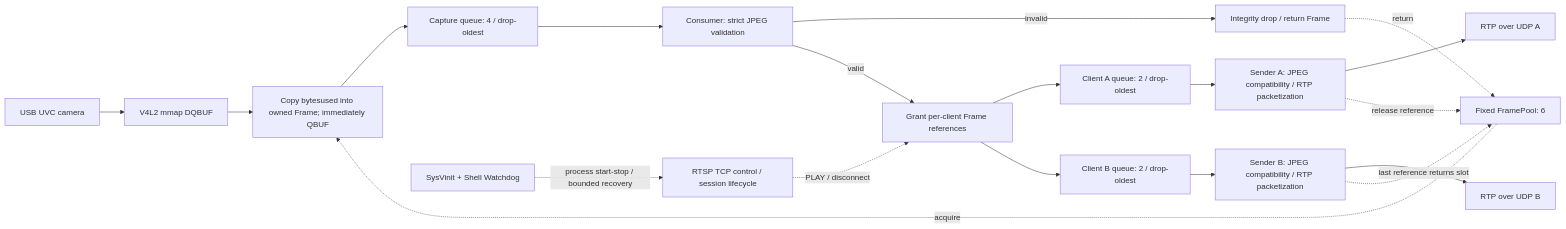
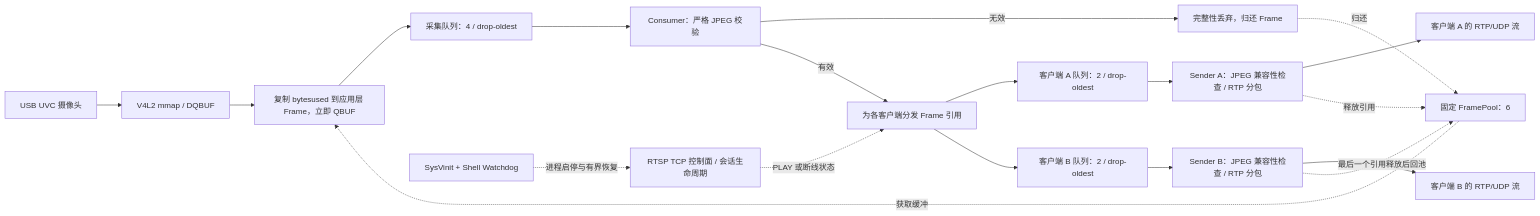
Before and after one commit to yuhangli-embedded/imx6ull-rtsp-mjpeg-streaming: the diagram in README.md, drawn with Mermaid. The commit also changed other lines of this file and 1 other file, not shown here.

````diff
--- a/README.md
+++ b/README.md
@@ -21,21 +40,21 @@
 ```mermaid
 flowchart LR
-    U[USB UVC camera] --> V[V4L2 mmap DQBUF]
-    V --> C[Copy bytesused into owned Frame; immediately QBUF]
-    P[Fixed FramePool: 6] -. acquire .-> C
-    C --> Q[Capture queue: 4 / drop-oldest]
-    Q --> J[Consumer: strict JPEG validation]
-    J -->|invalid| D[Integrity drop / return Frame]
-    D -. return .-> P
-    J -->|valid| F[Grant per-client Frame references]
-    F --> A[Client A queue: 2 / drop-oldest]
-    F --> B[Client B queue: 2 / drop-oldest]
-    A --> SA[Sender A: JPEG compatibility / RTP packetization]
-    B --> SB[Sender B: JPEG compatibility / RTP packetization]
-    SA --> UA[RTP over UDP A]
-    SB --> UB[RTP over UDP B]
-    SA -. release reference .-> P
-    SB -. last reference returns slot .-> P
-    R[RTSP TCP control / session lifecycle] -. PLAY / disconnect .-> F
-    S[SysVinit + Shell Watchdog] -. process start-stop / bounded recovery .-> R
+    U["USB UVC 摄像头"] --> V["V4L2 mmap / DQBUF"]
+    V --> C["复制 bytesused 到应用层 Frame，立即 QBUF"]
+    P["固定 FramePool：6"] -. 获取缓冲 .-> C
+    C --> Q["采集队列：4 / drop-oldest"]
+    Q --> J["Consumer：严格 JPEG 校验"]
+    J -->|无效| D["完整性丢弃，归还 Frame"]
+    D -. 归还 .-> P
+    J -->|有效| F["为各客户端分发 Frame 引用"]
+    F --> A["客户端 A 队列：2 / drop-oldest"]
+    F --> B["客户端 B 队列：2 / drop-oldest"]
+    A --> SA["Sender A：JPEG 兼容性检查 / RTP 分包"]
+    B --> SB["Sender B：JPEG 兼容性检查 / RTP 分包"]
+    SA --> UA["客户端 A 的 RTP/UDP 流"]
+    SB --> UB["客户端 B 的 RTP/UDP 流"]
+    SA -. 释放引用 .-> P
+    SB -. 最后一个引用释放后回池 .-> P
+    R["RTSP TCP 控制面 / 会话生命周期"] -. PLAY 或断线状态 .-> F
+    S["SysVinit + Shell Watchdog"] -. 进程启停与有界恢复 .-> R
 ```
````
